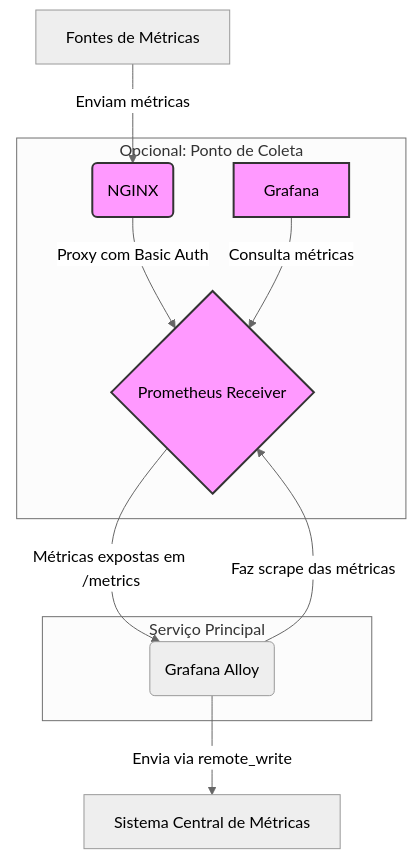
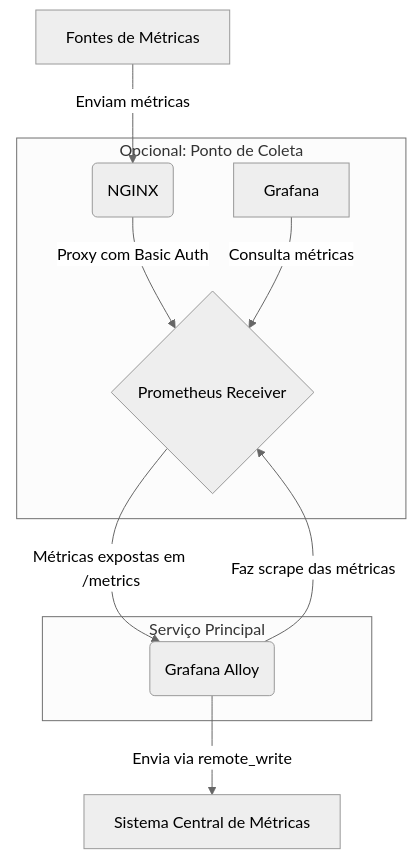
One commit to passarela/grafana-alloy-prometheus-nginx changed the diagram in README.md. Above: the diagram before and after it, drawn with Mermaid (neutral theme).

Commit message:
Update README.md
ajuste nas cores

````diff
--- a/README.md
+++ b/README.md
@@ -9,23 +9,21 @@
 ```mermaid
 graph TD
     A[Fontes de Métricas] -->|Enviam métricas| B(NGINX)
     B -->|Proxy com Basic Auth| C{Prometheus Receiver}
     C -->|Métricas expostas em /metrics| D(Grafana Alloy)
     D -->|Faz scrape das métricas| C
     D -->|Envia via remote_write| E[Sistema Central de Métricas]
     F[Grafana] -->|Consulta métricas| C
 
     subgraph Opcional: Ponto de Coleta
         B
         C
         F
     end
 
     subgraph Serviço Principal
         D
     end
 
-    style B fill:#f9f,stroke:#333,stroke-width:2px
-    style C fill:#f9f,stroke:#333,stroke-width:2px
-    style F fill:#f9f,stroke:#333,stroke-width:2px
+
 ```
````
